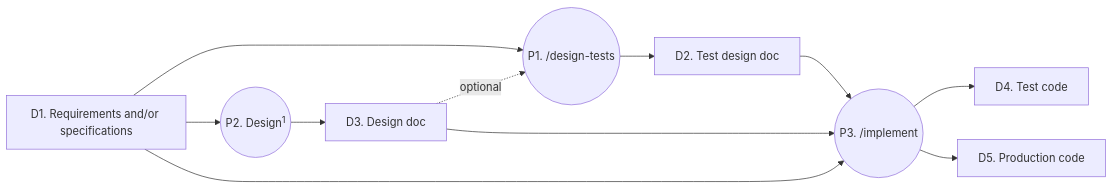
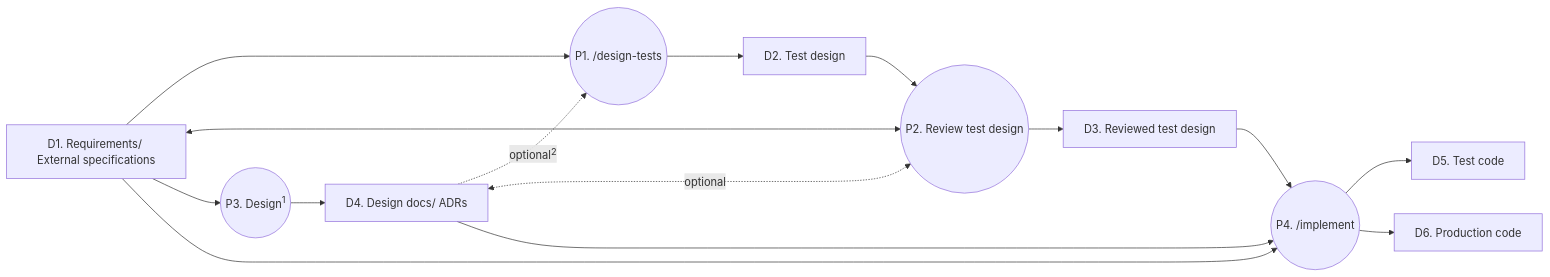
The diagram in README.md (nowsprinting/unity-coding-skills), drawn with Mermaid before and after one commit. The commit also changed other lines of this file, not shown here.

Commit message:
Show the test design review feedback loop in the Usage PFD
Reviewing the test design can reveal gaps in the specifications, so the
diagram needs the process that revises them before implementation. A
PFD cannot connect deliverables directly, so the feedback is drawn as a
review process that updates the external specifications and,
optionally, the design docs. The test design labels drop "doc" because
the test design may exist only in the conversation, and ADRs join the
design docs as the internal specifications.

````diff
--- a/README.md
+++ b/README.md
@@ -36,21 +36,27 @@
 ```mermaid
 flowchart LR
-    D1["D1. Requirements and/or specifications"]
-    D2["D2. Test design doc"]
-    D3["D3. Design doc"]
-    D4["D4. Test code"]
-    D5["D5. Production code"]
+    D1["D1. Requirements/ External specifications"]
+    D2["D2. Test design"]
+    D3["D3. Reviewed test design"]
+    D4["D4. Design docs/ ADRs"]
+    D5["D5. Test code"]
+    D6["D6. Production code"]
     P1(("P1. /design-tests"))
-    P2(("P2. Design<sup>1</sup>"))
-    P3(("P3. /implement"))
+    P2(("P2. Review test design"))
+    P3(("P3. Design<sup>1</sup>"))
+    P4(("P4. /implement"))
     D1 --> P1
-    D3 -. optional .-> P1
+    D4 -. "optional<sup>2</sup>" .-> P1
     P1 --> D2
-    D2 --> P3
-    D1 --> P2
+    D2 --> P2
+    D1 <--> P2
+    D4 <-. optional .-> P2
+    P2 --> D3
+    D3 --> P4
     D1 --> P3
-    P2 --> D3
-    D3 --> P3
+    D1 --> P4
     P3 --> D4
-    P3 --> D5
+    D4 --> P4
+    P4 --> D5
+    P4 --> D6
 ```
````
